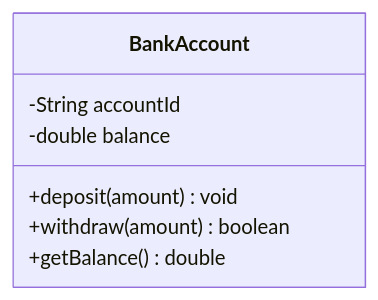
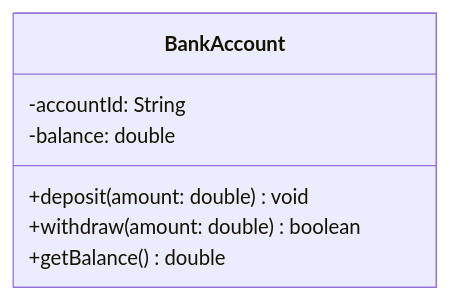
The third of 9 diagrams in 03-uml/00-uml.md (ani2fun/low-level-design-guide), drawn with Mermaid before and after one commit. The commit also changed other lines of this file, not shown here.

````diff
--- a/03-uml/00-uml.md
+++ b/03-uml/00-uml.md
@@ -92,10 +137,10 @@
 ```mermaid
 classDiagram
     class BankAccount {
-        -String accountId
-        -double balance
-        +deposit(amount) void
-        +withdraw(amount) boolean
+        -accountId: String
+        -balance: double
+        +deposit(amount: double) void
+        +withdraw(amount: double) boolean
         +getBalance() double
     }
 ```
````
